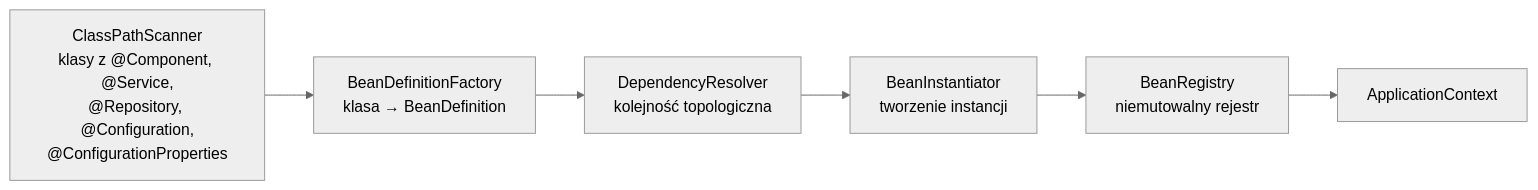
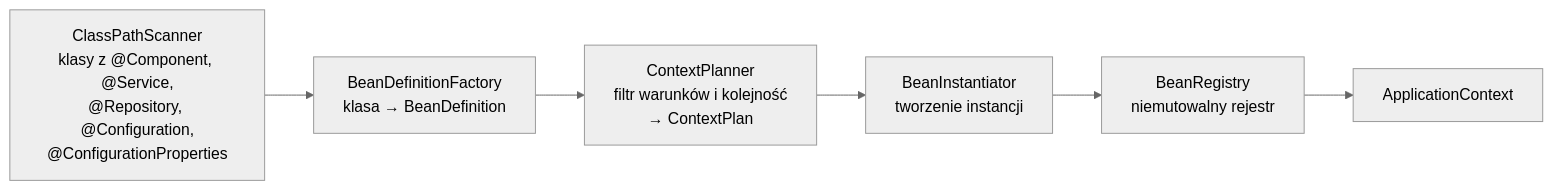
Before and after one commit to Coilix/coilix: the second of 2 diagrams in docs/architecture/overview.md, drawn with Mermaid (neutral theme). The commit also changed other lines of this file and 30 other files, not shown here.

First line of the commit message:
COILIX-00020: Plan the context as a value before creating beans

````diff
--- a/docs/architecture/overview.md
+++ b/docs/architecture/overview.md
@@ -30,8 +30,8 @@
 ```mermaid
 flowchart LR
     S["ClassPathScanner<br/>klasy z @Component, @Service,<br/>@Repository, @Configuration,<br/>@ConfigurationProperties"] --> F["BeanDefinitionFactory<br/>klasa → BeanDefinition"]
-    F --> R["DependencyResolver<br/>kolejność topologiczna"]
-    R --> I["BeanInstantiator<br/>tworzenie instancji"]
+    F --> P["ContextPlanner<br/>filtr warunków i kolejność<br/>→ ContextPlan"]
+    P --> I["BeanInstantiator<br/>tworzenie instancji"]
     I --> G["BeanRegistry<br/>niemutowalny rejestr"]
     G --> C["ApplicationContext"]
 ```
````
